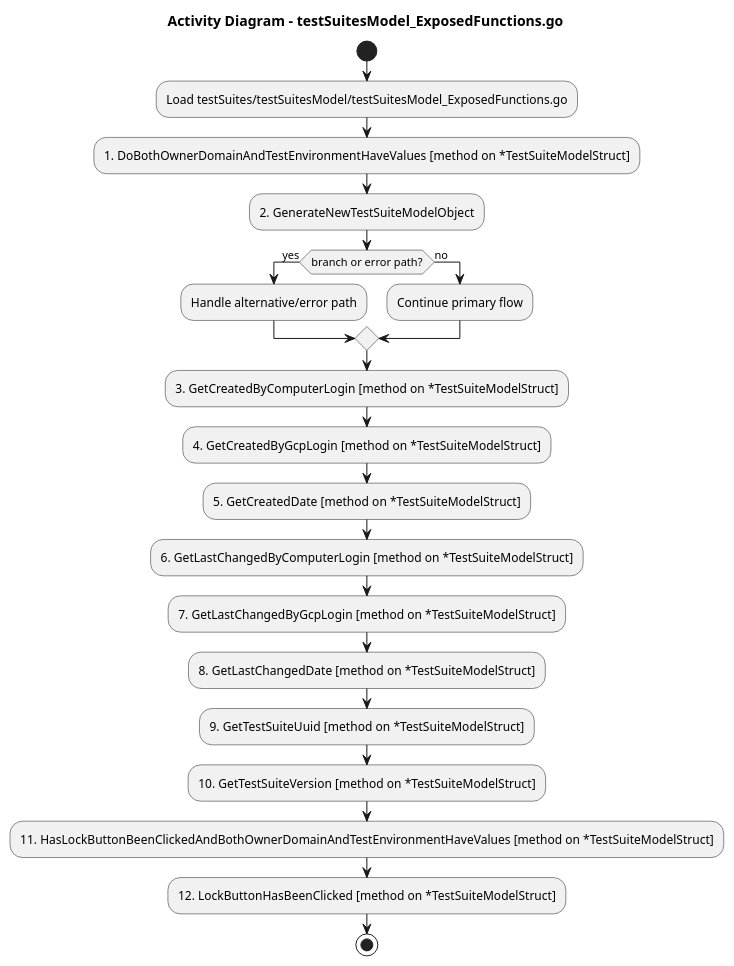
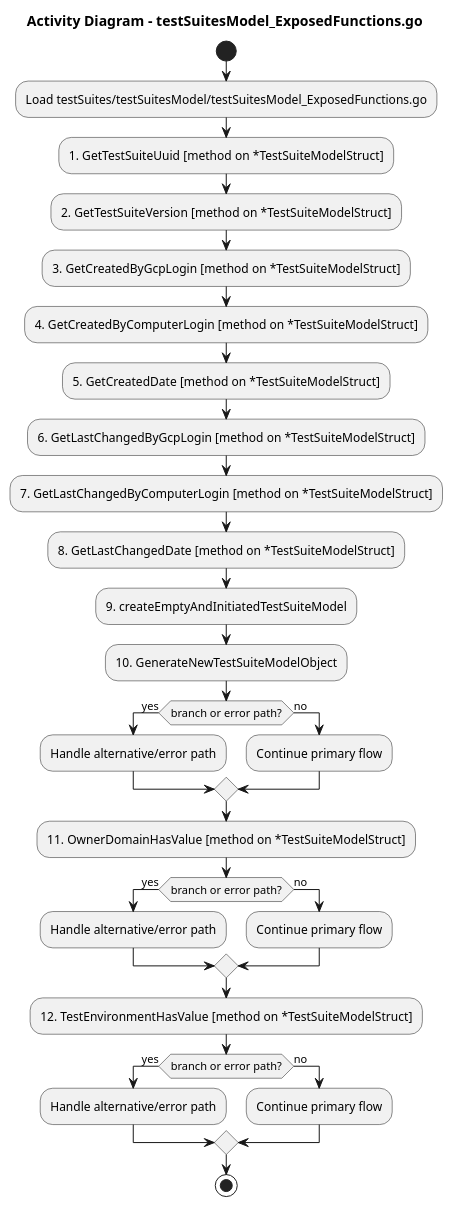
One commit to jlambert68/FenixTesterGui changed the diagram in testSuites/testSuitesModel/docs/testSuitesModel_ExposedFunctions_activity.puml. Above: the diagram before and after it, drawn with PlantUML. The commit also changed 707 other files, not shown here.

Commit message:
Added md-files, activity-diagrams and sequence-diagrams for all go-files, v3

```diff
--- a/testSuites/testSuitesModel/docs/testSuitesModel_ExposedFunctions_activity.puml
+++ b/testSuites/testSuitesModel/docs/testSuitesModel_ExposedFunctions_activity.puml
@@ -1,23 +1,33 @@
 @startuml
 title Activity Diagram - testSuitesModel_ExposedFunctions.go
 start
 :Load testSuites/testSuitesModel/testSuitesModel_ExposedFunctions.go;
-:1. DoBothOwnerDomainAndTestEnvironmentHaveValues [method on *TestSuiteModelStruct];
-:2. GenerateNewTestSuiteModelObject;
+:1. GetTestSuiteUuid [method on *TestSuiteModelStruct];
+:2. GetTestSuiteVersion [method on *TestSuiteModelStruct];
+:3. GetCreatedByGcpLogin [method on *TestSuiteModelStruct];
+:4. GetCreatedByComputerLogin [method on *TestSuiteModelStruct];
+:5. GetCreatedDate [method on *TestSuiteModelStruct];
+:6. GetLastChangedByGcpLogin [method on *TestSuiteModelStruct];
+:7. GetLastChangedByComputerLogin [method on *TestSuiteModelStruct];
+:8. GetLastChangedDate [method on *TestSuiteModelStruct];
+:9. createEmptyAndInitiatedTestSuiteModel;
+:10. GenerateNewTestSuiteModelObject;
 if (branch or error path?) then (yes)
 :Handle alternative/error path;
 else (no)
 :Continue primary flow;
 endif
-:3. GetCreatedByComputerLogin [method on *TestSuiteModelStruct];
-:4. GetCreatedByGcpLogin [method on *TestSuiteModelStruct];
-:5. GetCreatedDate [method on *TestSuiteModelStruct];
-:6. GetLastChangedByComputerLogin [method on *TestSuiteModelStruct];
-:7. GetLastChangedByGcpLogin [method on *TestSuiteModelStruct];
-:8. GetLastChangedDate [method on *TestSuiteModelStruct];
-:9. GetTestSuiteUuid [method on *TestSuiteModelStruct];
-:10. GetTestSuiteVersion [method on *TestSuiteModelStruct];
-:11. HasLockButtonBeenClickedAndBothOwnerDomainAndTestEnvironmentHaveValues [method on *TestSuiteModelStruct];
-:12. LockButtonHasBeenClicked [method on *TestSuiteModelStruct];
+:11. OwnerDomainHasValue [method on *TestSuiteModelStruct];
+if (branch or error path?) then (yes)
+:Handle alternative/error path;
+else (no)
+:Continue primary flow;
+endif
+:12. TestEnvironmentHasValue [method on *TestSuiteModelStruct];
+if (branch or error path?) then (yes)
+:Handle alternative/error path;
+else (no)
+:Continue primary flow;
+endif
 stop
 @enduml
```
